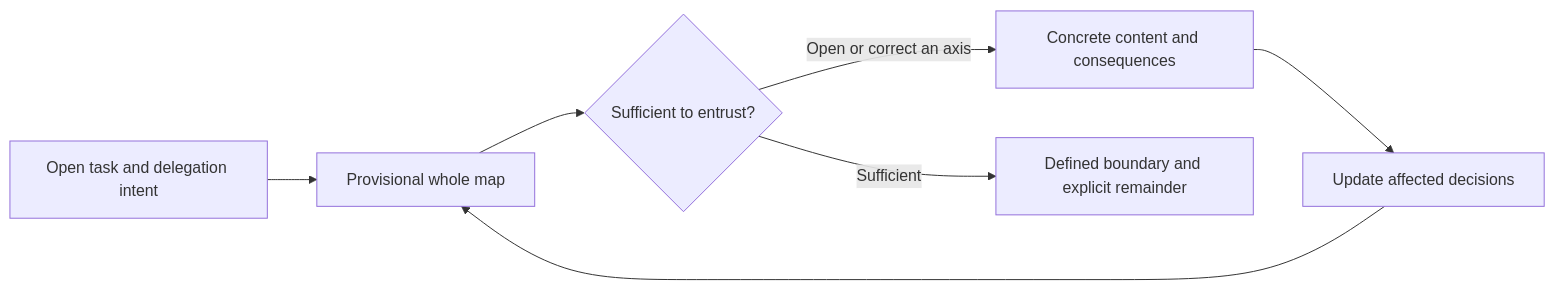
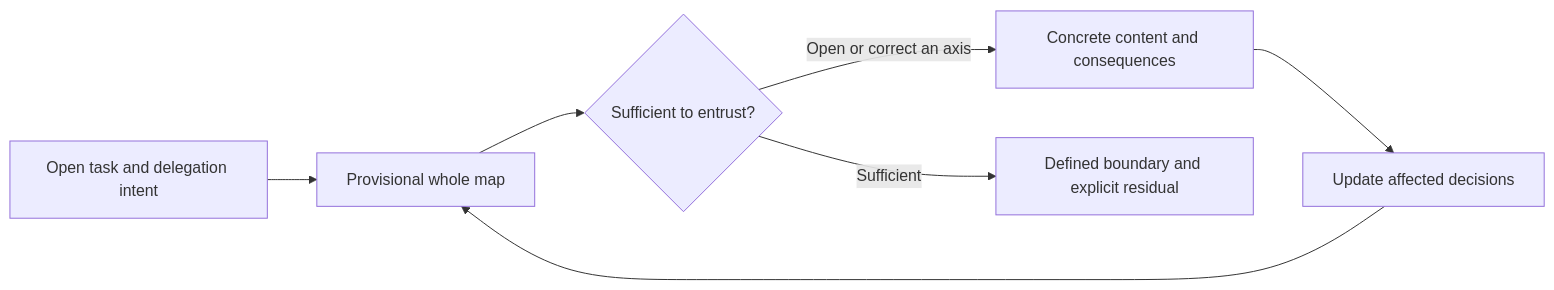
Before and after one commit to jongwony/epistemic-protocols: the diagram in horismos/README.md, drawn with Mermaid. The commit also changed other lines of this file and 6 other files, not shown here.

````diff
--- a/horismos/README.md
+++ b/horismos/README.md
@@ -9,9 +9,9 @@
 ```mermaid
 flowchart LR
     A[Open task and delegation intent] --> B[Provisional whole map]
     B --> C{Sufficient to entrust?}
     C -->|Open or correct an axis| D[Concrete content and consequences]
     D --> E[Update affected decisions]
     E --> B
-    C -->|Sufficient| F[Defined boundary and explicit remainder]
+    C -->|Sufficient| F[Defined boundary and explicit residual]
 ```
````
